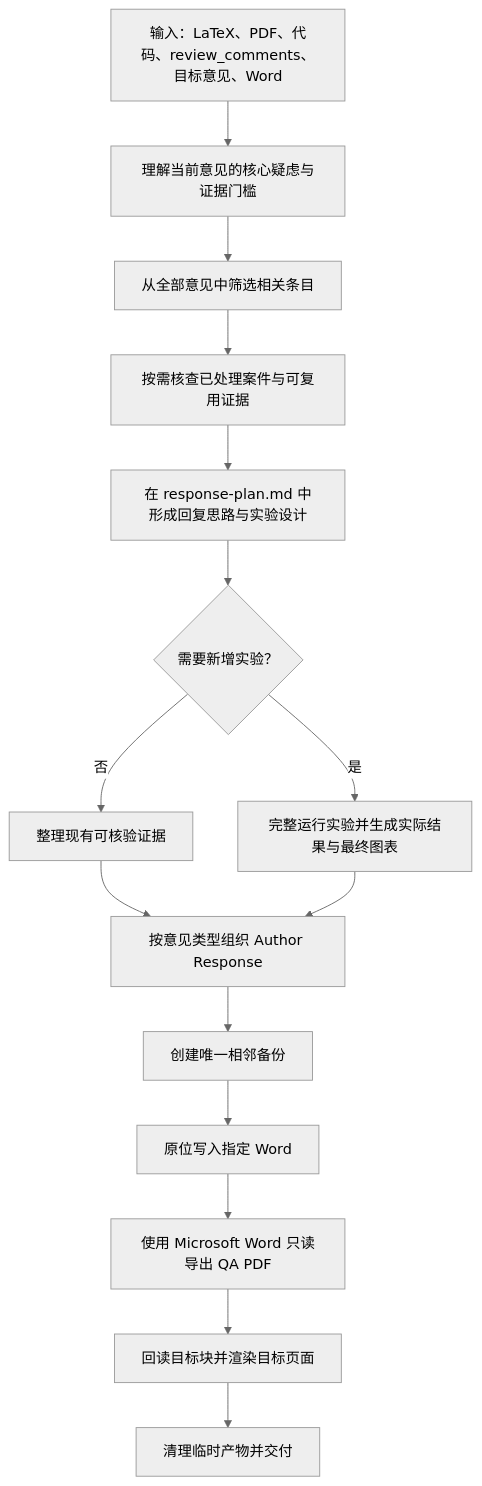
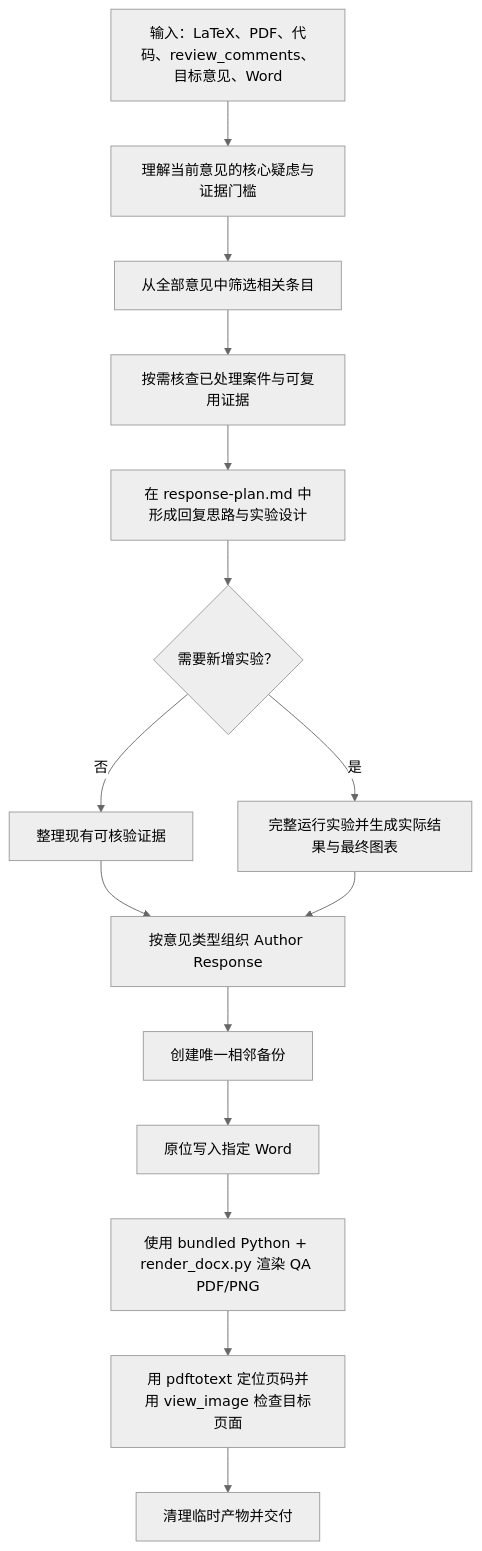
The diagram in README.md (whiteMo0623/ieee-transactions-review-response-engineer), drawn with Mermaid (neutral theme) before and after one commit. The commit also changed other lines of this file and 2 other files, not shown here.

````diff
--- a/README.md
+++ b/README.md
@@ -43,17 +43,17 @@
 ```mermaid
 flowchart TD
     A["输入：LaTeX、PDF、代码、review_comments、目标意见、Word"] --> B["理解当前意见的核心疑虑与证据门槛"]
     B --> C["从全部意见中筛选相关条目"]
     C --> D["按需核查已处理案件与可复用证据"]
     D --> E["在 response-plan.md 中形成回复思路与实验设计"]
     E --> F{"需要新增实验？"}
     F -- "否" --> G["整理现有可核验证据"]
     F -- "是" --> H["完整运行实验并生成实际结果与最终图表"]
     G --> I["按意见类型组织 Author Response"]
     H --> I
     I --> J["创建唯一相邻备份"]
     J --> K["原位写入指定 Word"]
-    K --> L["使用 Microsoft Word 只读导出 QA PDF"]
-    L --> N["回读目标块并渲染目标页面"]
+    K --> L["使用 bundled Python + render_docx.py 渲染 QA PDF/PNG"]
+    L --> N["用 pdftotext 定位页码并用 view_image 检查目标页面"]
     N --> M["清理临时产物并交付"]
 ```
````
